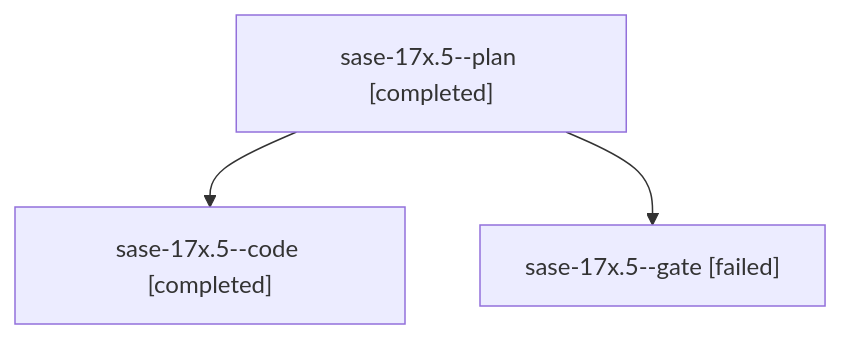
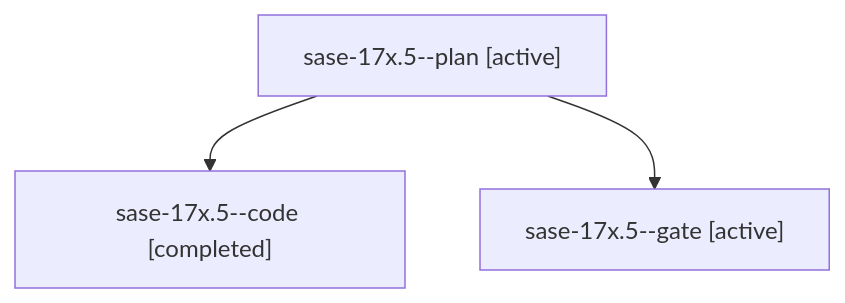
The diagram in families/bbugyi200.athena.sase-17x.5.md (sase-org/sase--agents), drawn with Mermaid before and after one commit. The commit also changed other lines of this file and 35830 other files, not shown here.

````diff
--- a/families/bbugyi200.athena.sase-17x.5.md
+++ b/families/bbugyi200.athena.sase-17x.5.md
@@ -9,8 +9,8 @@
 ```mermaid
 flowchart TD
-  n0["sase-17x.5--plan [completed]"]
+  n0["sase-17x.5--plan [active]"]
   n1["sase-17x.5--code [completed]"]
   n0 --> n1
-  n2["sase-17x.5--gate [failed]"]
+  n2["sase-17x.5--gate [active]"]
   n0 --> n2
 ```
````
